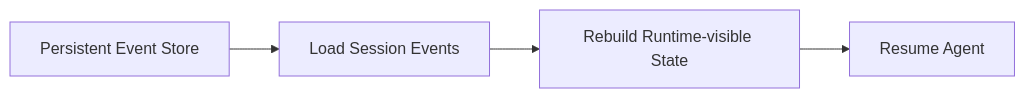
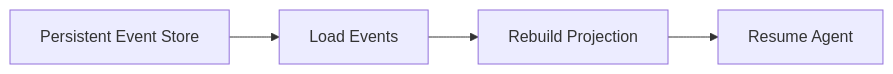
One commit to indigofeather/harness-book changed the third of 5 diagrams in docs/deepseek/session-and-events.md. Above: the diagram before and after it, drawn with Mermaid. The commit also changed other lines of this file and 48 other files, not shown here.

````diff
--- a/docs/deepseek/session-and-events.md
+++ b/docs/deepseek/session-and-events.md
@@ -207,6 +129,6 @@
 ```mermaid
 flowchart LR
-  STORE[Persistent Event Store] --> LOAD[Load Session Events]
-  LOAD --> DERIVE[Rebuild Runtime-visible State]
+  STORE[Persistent Event Store] --> LOAD[Load Events]
+  LOAD --> DERIVE[Rebuild Projection]
   DERIVE --> AGENT[Resume Agent]
 ```
````
